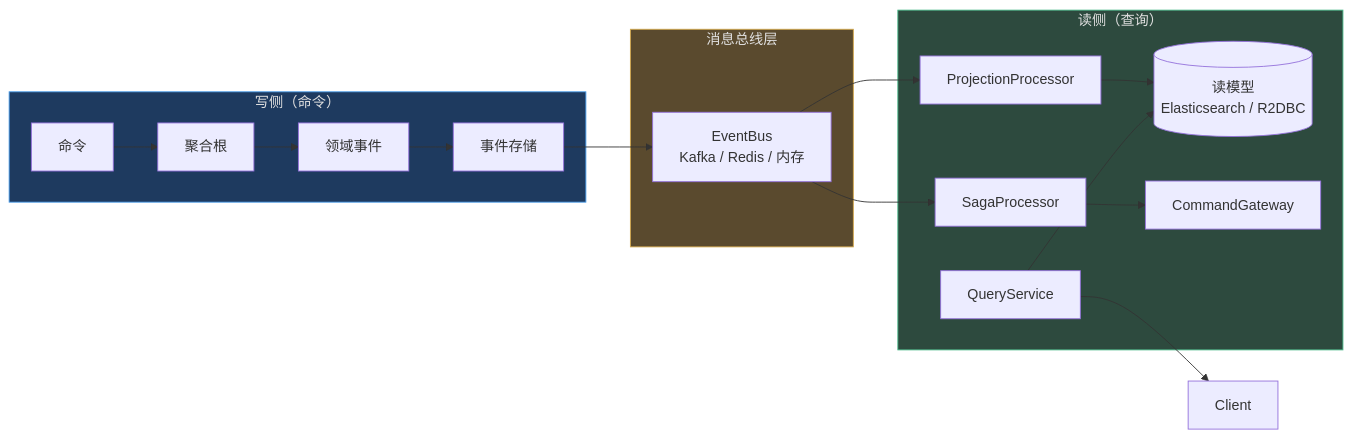
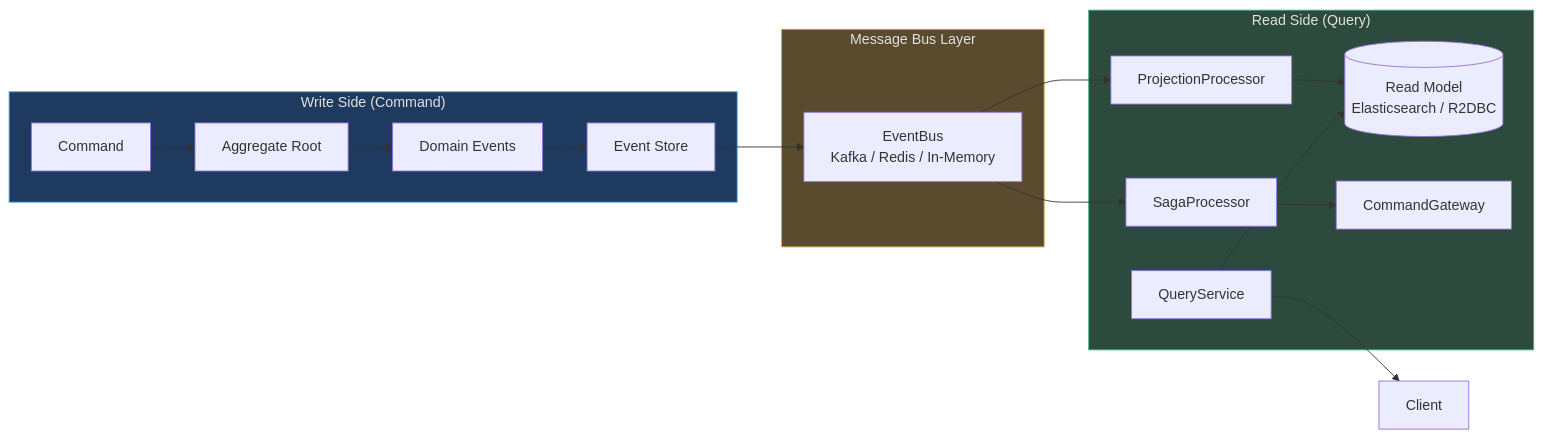
One commit to Ahoo-Wang/Wow changed the sixth of 6 diagrams in documentation/docs/zh/guide/advanced/architecture.md. Above: the diagram before and after it, drawn with Mermaid. The commit also changed other lines of this file and 79 other files, not shown here.

First line of the commit message:
docs: restructure documentation into three-layer progressive architecture

````diff
--- a/documentation/docs/zh/guide/advanced/architecture.md
+++ b/documentation/docs/zh/guide/advanced/architecture.md
@@ -347,27 +358,27 @@
 ```mermaid
 flowchart LR
-    subgraph WRITE["写侧（命令）"]
-        CMD["命令"] --> AR["聚合根"]
-        AR --> EVT["领域事件"]
-        EVT --> ES["事件存储"]
+    subgraph WRITE["Write Side (Command)"]
+        CMD["Command"] --> AR["Aggregate Root"]
+        AR --> EVT["Domain Events"]
+        EVT --> ES["Event Store"]
     end
 
-    subgraph BUS["消息总线层"]
-        EB["EventBus<br>Kafka / Redis / 内存"]
+    subgraph BUS["Message Bus Layer"]
+        EB["EventBus<br>Kafka / Redis / In-Memory"]
     end
 
-    subgraph READ["读侧（查询）"]
-        PP["ProjectionProcessor"] --> RM[("读模型<br>Elasticsearch / R2DBC")]
+    subgraph READ["Read Side (Query)"]
+        PP["ProjectionProcessor"] --> RM[("Read Model<br>Elasticsearch / R2DBC")]
         SP["SagaProcessor"] --> CG["CommandGateway"]
         QS["QueryService"] --> RM
     end
 
     ES --> EB
     EB --> PP
     EB --> SP
     QS --> Client
 
     style WRITE fill:#1e3a5f,stroke:#4a9eed,color:#e0e0e0
     style BUS fill:#5a4a2e,stroke:#d4a84b,color:#e0e0e0
     style READ fill:#2d4a3e,stroke:#4aba8a,color:#e0e0e0
 ```
````
